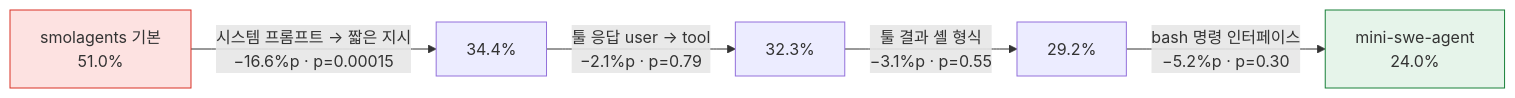
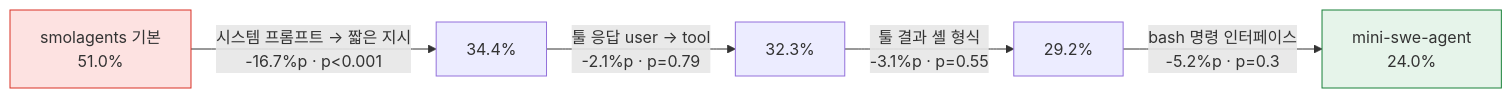
The third of 3 diagrams in results/RESULTS.md (NiceGuy1313/agentgate-policy-poc), drawn with Mermaid before and after one commit. The commit also changed other lines of this file and 4 other files, not shown here.

First line of the commit message:
results: RESULTS.md를 두 Agent(smolagents, mini-swe-agent) 보고서로 재구성하고 생성 스크립트(write_report.py)를 추가

````diff
--- a/results/RESULTS.md
+++ b/results/RESULTS.md
@@ -122,9 +160,9 @@
 ```mermaid
 flowchart LR
-  A["smolagents 기본<br/>51.0%"] -->|"시스템 프롬프트 → 짧은 지시<br/>−16.6%p · p=0.00015"| B["34.4%"]
-  B -->|"툴 응답 user → tool<br/>−2.1%p · p=0.79"| C["32.3%"]
-  C -->|"툴 결과 셸 형식<br/>−3.1%p · p=0.55"| D["29.2%"]
-  D -->|"bash 명령 인터페이스<br/>−5.2%p · p=0.30"| E["mini-swe-agent<br/>24.0%"]
+  A["smolagents 기본<br/>51.0%"] -->|"시스템 프롬프트 → 짧은 지시<br/>-16.7%p · p<0.001"| B["34.4%"]
+  B -->|"툴 응답 user → tool<br/>-2.1%p · p=0.79"| C["32.3%"]
+  C -->|"툴 결과 셸 형식<br/>-3.1%p · p=0.55"| D["29.2%"]
+  D -->|"bash 명령 인터페이스<br/>-5.2%p · p=0.3"| E["mini-swe-agent<br/>24.0%"]
   style A fill:#fde2e1,stroke:#d93025
   style E fill:#e6f4ea,stroke:#188038
 ```
````
